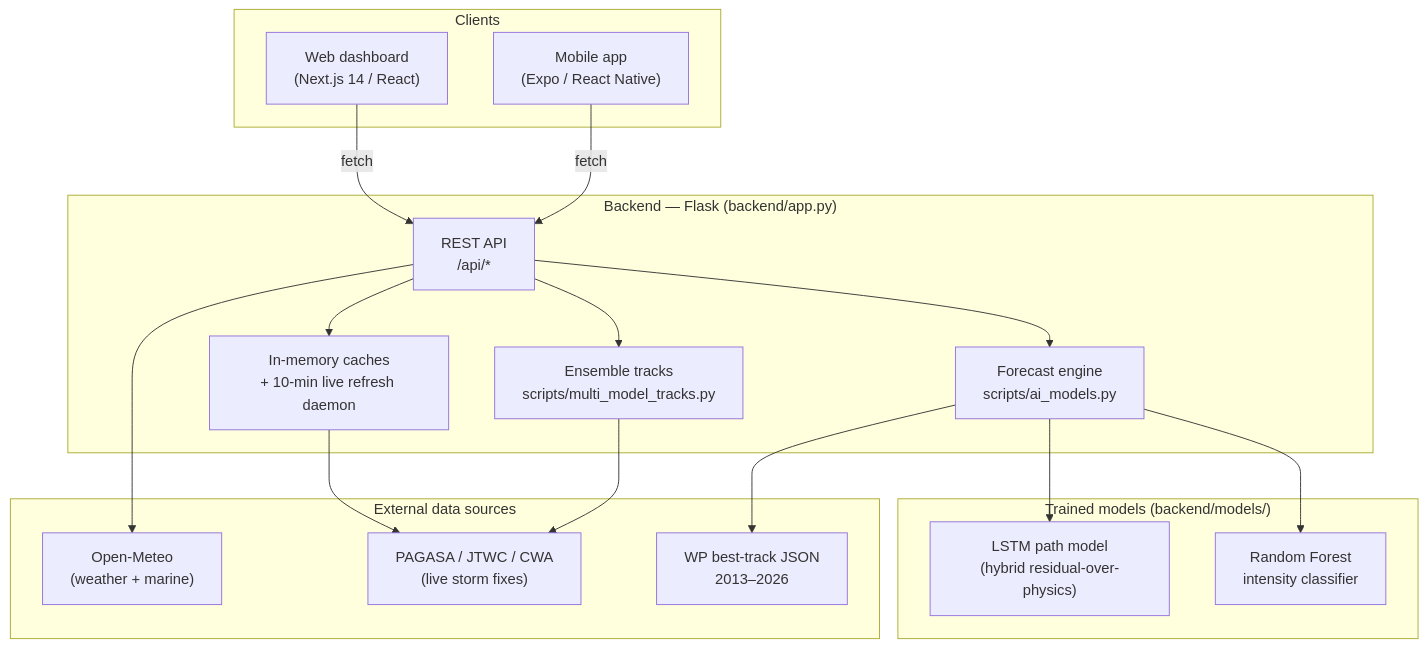
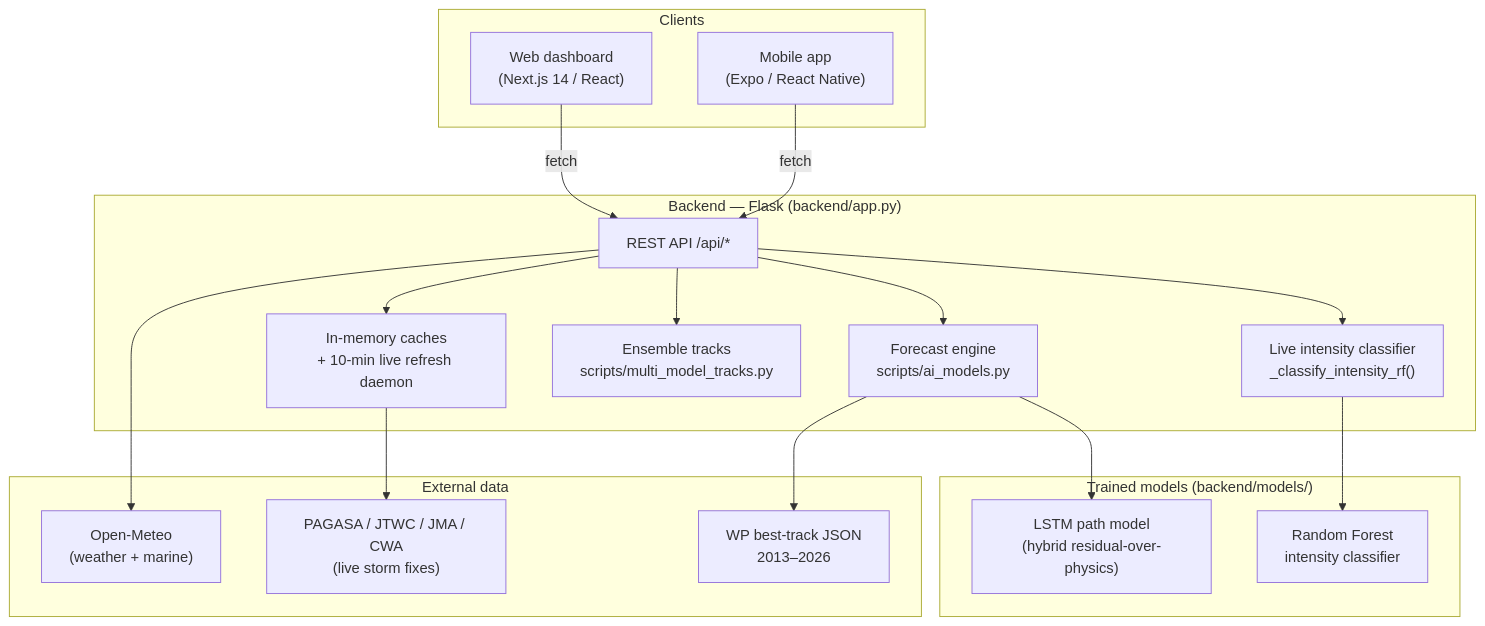
One commit to Chrisantwo/HeadsUP changed the diagram in docs/SYSTEM_DOCUMENTATION.md. Above: the diagram before and after it, drawn with Mermaid. The commit also changed other lines of this file, not shown here.

First line of the commit message:
Expand full system documentation with LSTM + Random Forest details

````diff
--- a/docs/SYSTEM_DOCUMENTATION.md
+++ b/docs/SYSTEM_DOCUMENTATION.md
@@ -18,37 +22,34 @@
 ```mermaid
 flowchart TD
     subgraph Clients
         WEB["Web dashboard<br/>(Next.js 14 / React)"]
         MOB["Mobile app<br/>(Expo / React Native)"]
     end
 
     subgraph Backend["Backend — Flask (backend/app.py)"]
-        API["REST API<br/>/api/*"]
+        API["REST API /api/*"]
         AIM["Forecast engine<br/>scripts/ai_models.py"]
+        RFC["Live intensity classifier<br/>_classify_intensity_rf()"]
         MM["Ensemble tracks<br/>scripts/multi_model_tracks.py"]
         CACHE["In-memory caches<br/>+ 10-min live refresh daemon"]
     end
 
     subgraph Models["Trained models (backend/models/)"]
         LSTM["LSTM path model<br/>(hybrid residual-over-physics)"]
         RF["Random Forest<br/>intensity classifier"]
     end
 
-    subgraph External["External data sources"]
+    subgraph External["External data"]
         OM["Open-Meteo<br/>(weather + marine)"]
-        LIVE["PAGASA / JTWC / CWA<br/>(live storm fixes)"]
+        LIVE["PAGASA / JTWC / JMA / CWA<br/>(live storm fixes)"]
         HIST["WP best-track JSON<br/>2013–2026"]
     end
 
-    WEB -->|fetch| API
-    MOB -->|fetch| API
-    API --> AIM
+    WEB & MOB -->|fetch| API
+    API --> AIM --> LSTM
+    API --> RFC --> RF
     API --> MM
-    API --> CACHE
-    AIM --> LSTM
-    AIM --> RF
-    CACHE --> LIVE
+    API --> CACHE --> LIVE
     API --> OM
     AIM --> HIST
-    MM --> LIVE
 ```
````
